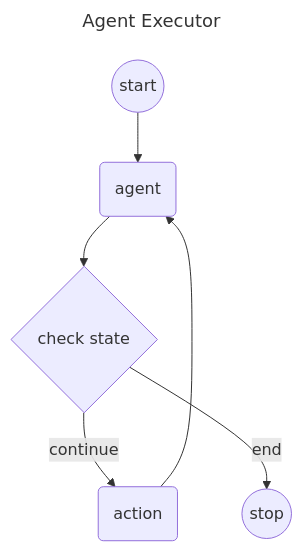
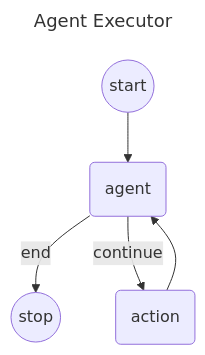
Before and after one commit to bsorrentino/langgraph4j: the diagram in samples/agent-executor/README.md, drawn with Mermaid. The commit also changed 2 other files, not shown here.

Commit message:
docs: update agent-executor docs

````diff
--- a/samples/agent-executor/README.md
+++ b/samples/agent-executor/README.md
@@ -9,16 +9,18 @@
 ```mermaid
 ---
 title: Agent Executor
 ---
 flowchart TD
-	start((start))
-	stop((stop))
+	__START__((start))
+	__END__((stop))
 	agent("agent")
 	action("action")
-	condition1{"check state"}
-	start --> agent
-	agent --> condition1
-	condition1 -->|continue| action
-	condition1 -->|end| stop
-	action --> agent
+	%%	condition1{"check state"}
+	__START__:::__START__ --> agent:::agent
+	%%	agent:::agent --> condition1:::condition1
+	%%	condition1:::condition1 -->|end| __END__:::__END__
+	agent:::agent -->|end| __END__:::__END__
+	%%	condition1:::condition1 -->|continue| action:::action
+	agent:::agent -->|continue| action:::action
+	action:::action --> agent:::agent
 ```
````
